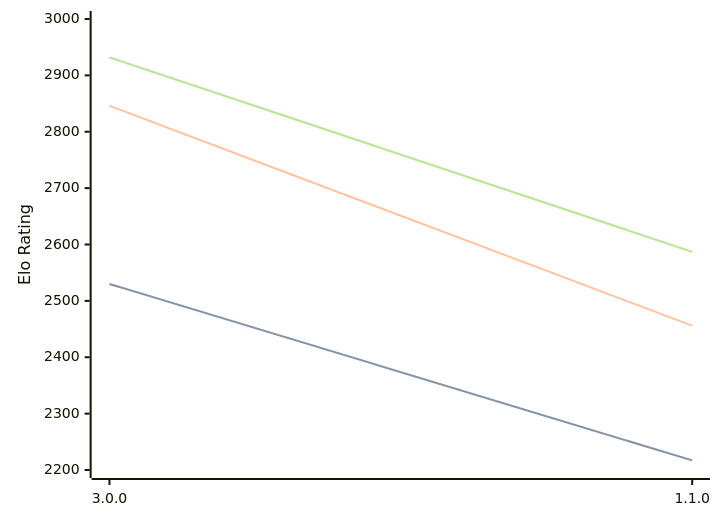
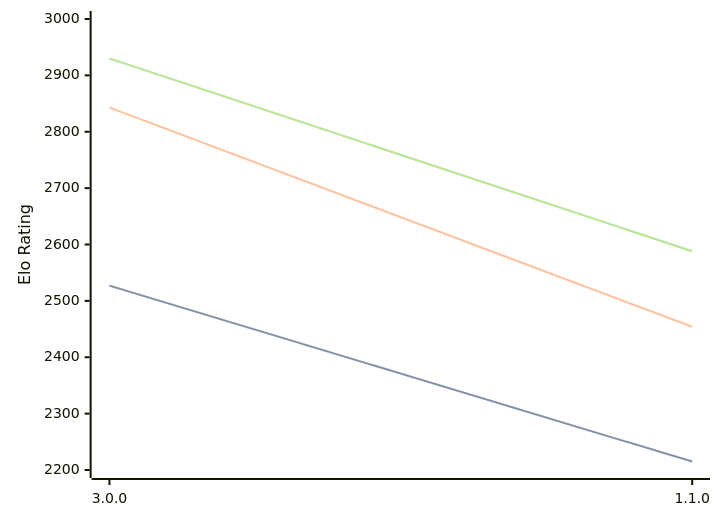
Before and after one commit to computer-chess-index/cci: the diagram in engines/Potential.md, drawn with Mermaid. The commit also changed other lines of this file, not shown here.

Commit message:
Update CCI Ratings (ELO VLTC) - 2026-06-08

````diff
--- a/engines/Potential.md
+++ b/engines/Potential.md
@@ -34,11 +34,11 @@
 ```mermaid
 %%{init: {"theme":"base","themeVariables":{"seriesColors:['#a3a3a3','#222221','#faa371']}}}%%
 xychart-beta
   x-axis ["3.0.0", "1.1.0"]
   y-axis "Elo Rating" 2200 --> 3000
-  line "STC (8.0+0.08s)" [2530, 2217]
-  line "STC (8.0+0.08s)" [2530, 2217]
-  line "LTC (60.0+0.60s)" [2846, 2456]
-  line "VLTC (2m24s+1.12s)" [2932, 2587]
-  line "VLTC (2m24s+1.12s)" [2932, 2587]
+  line "STC (8.0+0.08s)" [2527, 2215]
+  line "STC (8.0+0.08s)" [2527, 2215]
+  line "LTC (60.0+0.60s)" [2843, 2454]
+  line "VLTC (2m24s+1.12s)" [2930, 2588]
+  line "VLTC (2m24s+1.12s)" [2930, 2588]
 ```
````
